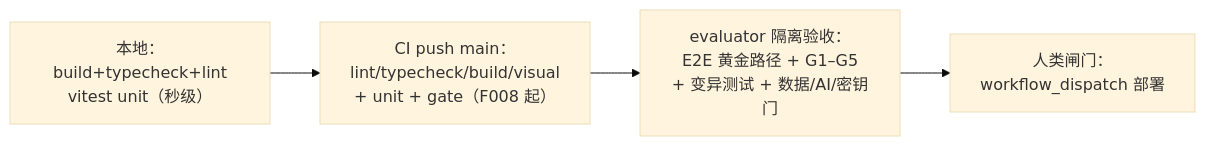
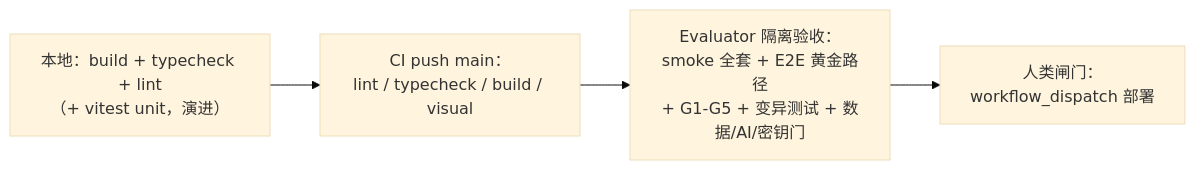
One commit to tripplemay/newkolmatrix changed the sixth of 6 diagrams in docs/dev/architecture.md. Above: the diagram before and after it, drawn with Mermaid (base theme). The commit also changed other lines of this file and 2 other files, not shown here.

````diff
--- a/docs/dev/architecture.md
+++ b/docs/dev/architecture.md
@@ -3115,6 +1682,6 @@
 ```mermaid
 flowchart LR
-  A["本地：build+typecheck+lint<br/>vitest unit（秒级）"] --> B["CI push main：<br/>lint/typecheck/build/visual<br/>+ unit + gate（F008 起）"]
-  B --> C["evaluator 隔离验收：<br/>E2E 黄金路径 + G1–G5<br/>+ 变异测试 + 数据/AI/密钥门"]
+  A["本地：build + typecheck + lint<br/>（+ vitest unit，演进）"] --> B["CI push main：<br/>lint / typecheck / build / visual"]
+  B --> C["Evaluator 隔离验收：<br/>smoke 全套 + E2E 黄金路径<br/>+ G1-G5 + 变异测试 + 数据/AI/密钥门"]
   C --> D["人类闸门：<br/>workflow_dispatch 部署"]
 ```
````
